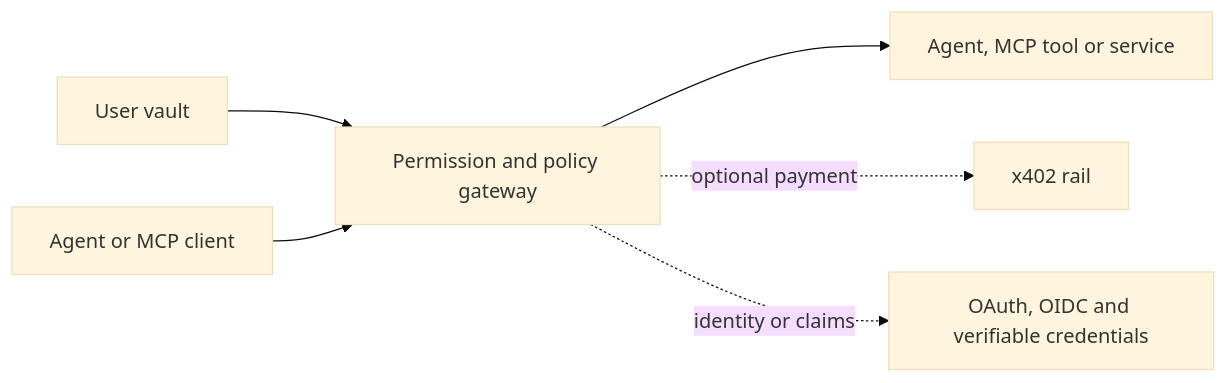
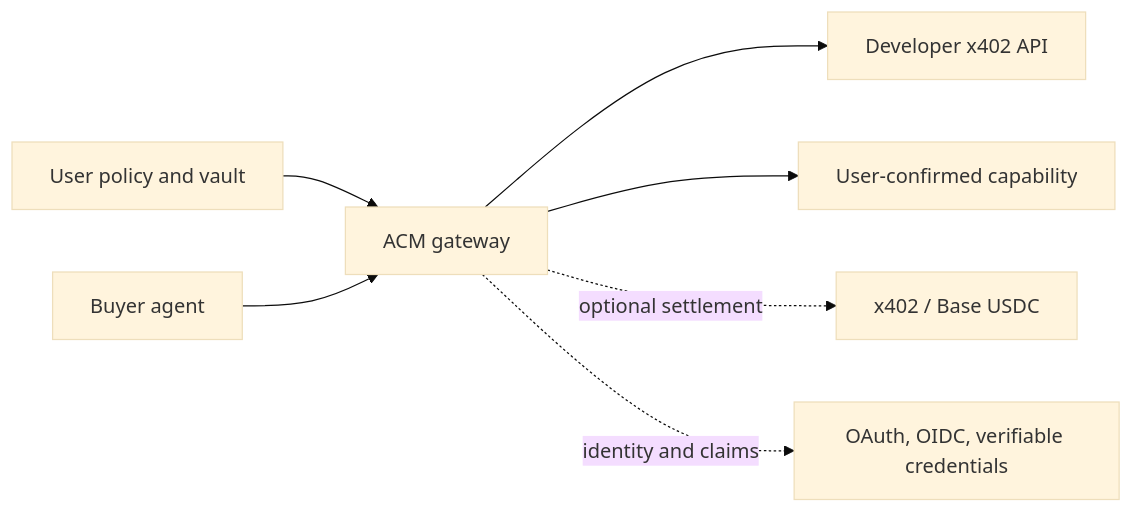
Before and after one commit to InTheta/agent-capability-middleware: the diagram in README.md, drawn with Mermaid (base theme). The commit also changed other lines of this file and 26 other files, not shown here.

````diff
--- a/README.md
+++ b/README.md
@@ -17,8 +153,9 @@
 ```mermaid
 flowchart LR
-    U["User vault"] --> P["Permission and policy gateway"]
-    A["Agent or MCP client"] --> P
-    P --> S["Agent, MCP tool or service"]
-    P -. "optional payment" .-> X["x402 rail"]
-    P -. "identity or claims" .-> I["OAuth, OIDC and verifiable credentials"]
+    U["User policy and vault"] --> G["ACM gateway"]
+    A["Buyer agent"] --> G
+    G --> D["Developer x402 API"]
+    G --> C["User-confirmed capability"]
+    G -. "optional settlement" .-> X["x402 / Base USDC"]
+    G -. "identity and claims" .-> I["OAuth, OIDC, verifiable credentials"]
 ```
````
